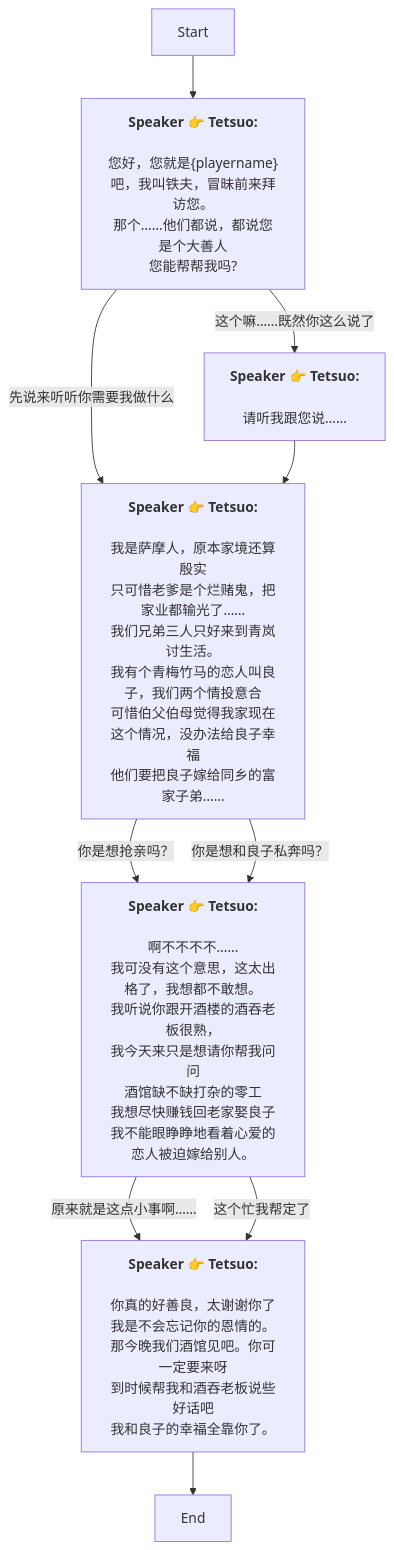
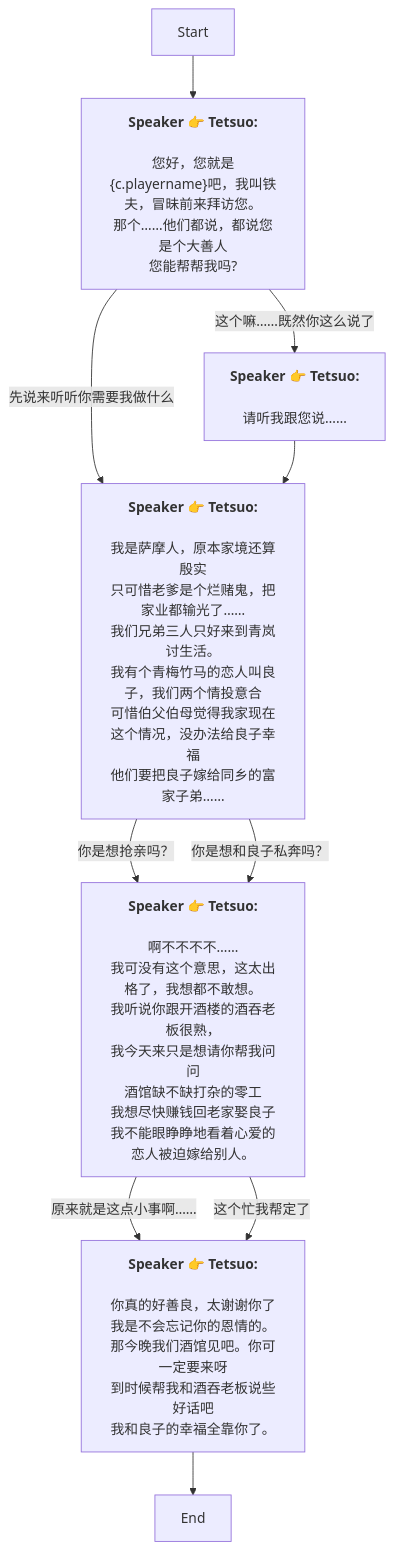
One commit to SoftHu/tos_avg changed the diagram in Zh/QuestStartTalkENode_1761373441947248.md. Above: the diagram before and after it, drawn with Mermaid. The commit also changed 410 other files, not shown here.

````diff
--- a/Zh/QuestStartTalkENode_1761373441947248.md
+++ b/Zh/QuestStartTalkENode_1761373441947248.md
@@ -1,45 +1,45 @@
 ```mermaid
 graph
 Start -->1761373919956595[<b>Speaker 👉 Tetsuo:</b>
-\n您好，您就是&lbrace;playername&rbrace;吧，我叫铁夫，冒昧前来拜访您。
+\n您好，您就是&lbrace;c.playername&rbrace;吧，我叫铁夫，冒昧前来拜访您。
 那个……他们都说，都说您是个大善人
 您能帮帮我吗?]
 1761373919956595 -->|这个嘛……既然你这么说了|1761437199394425[<b>Speaker 👉 Tetsuo:</b>
 \n请听我跟您说……]
 1761373919956595 -->|先说来听听你需要我做什么|1761437403457146[<b>Speaker 👉 Tetsuo:</b>
 \n我是萨摩人，原本家境还算殷实
 只可惜老爹是个烂赌鬼，把家业都输光了……
 我们兄弟三人只好来到青岚讨生活。\n我有个青梅竹马的恋人叫良子，我们两个情投意合
 可惜伯父伯母觉得我家现在这个情况，没办法给良子幸福
 他们要把良子嫁给同乡的富家子弟……]
 1761437199394425 -->1761437403457146[<b>Speaker 👉 Tetsuo:</b>
 \n我是萨摩人，原本家境还算殷实
 只可惜老爹是个烂赌鬼，把家业都输光了……
 我们兄弟三人只好来到青岚讨生活。\n我有个青梅竹马的恋人叫良子，我们两个情投意合
 可惜伯父伯母觉得我家现在这个情况，没办法给良子幸福
 他们要把良子嫁给同乡的富家子弟……]
 1761437403457146 -->|你是想抢亲吗？|1761441597741696[<b>Speaker 👉 Tetsuo:</b>
 \n啊不不不不……
 我可没有这个意思，这太出格了，我想都不敢想。\n我听说你跟开酒楼的酒吞老板很熟，
 我今天来只是想请你帮我问问
 酒馆缺不缺打杂的零工\n我想尽快赚钱回老家娶良子
 我不能眼睁睁地看着心爱的恋人被迫嫁给别人。]
 1761437403457146 -->|你是想和良子私奔吗？|1761441597741696[<b>Speaker 👉 Tetsuo:</b>
 \n啊不不不不……
 我可没有这个意思，这太出格了，我想都不敢想。\n我听说你跟开酒楼的酒吞老板很熟，
 我今天来只是想请你帮我问问
 酒馆缺不缺打杂的零工\n我想尽快赚钱回老家娶良子
 我不能眼睁睁地看着心爱的恋人被迫嫁给别人。]
 1761441597741696 -->|原来就是这点小事啊……|1761442012375686[<b>Speaker 👉 Tetsuo:</b>
 \n你真的好善良，太谢谢你了
 我是不会忘记你的恩情的。\n那今晚我们酒馆见吧。你可一定要来呀
 到时候帮我和酒吞老板说些好话吧
 我和良子的幸福全靠你了。]
 1761441597741696 -->|这个忙我帮定了|1761442012375686[<b>Speaker 👉 Tetsuo:</b>
 \n你真的好善良，太谢谢你了
 我是不会忘记你的恩情的。\n那今晚我们酒馆见吧。你可一定要来呀
 到时候帮我和酒吞老板说些好话吧
 我和良子的幸福全靠你了。]
 1761442012375686 -->1761442648085127[End]
 
 ```
````
